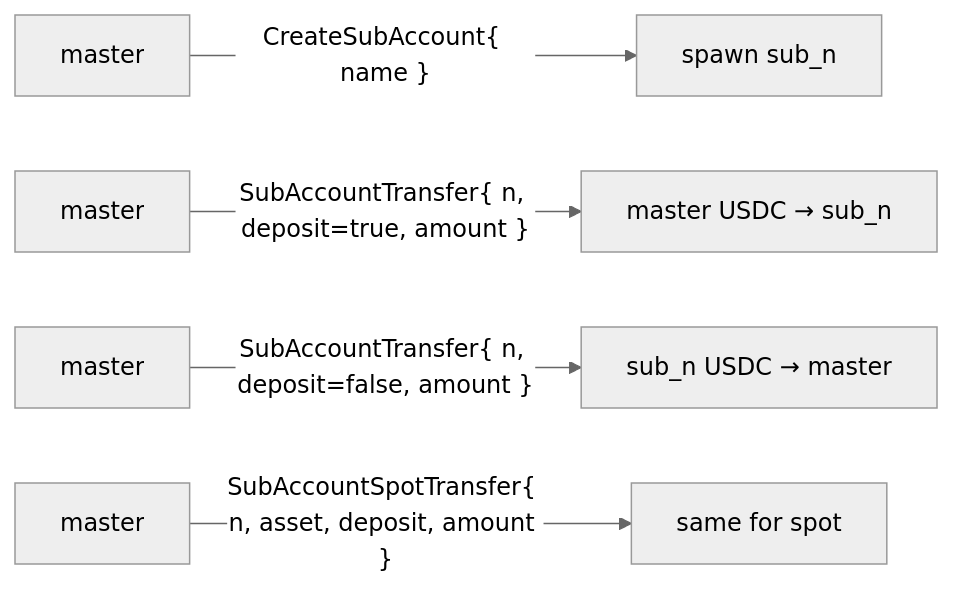
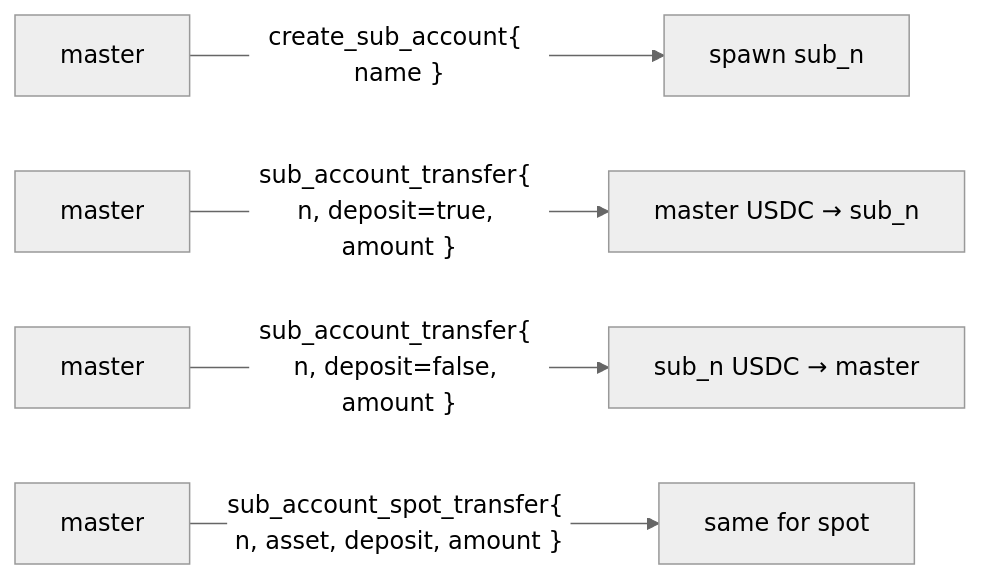
The second of 8 diagrams in docs/concepts/sub-accounts.md (mtf-exchange/metaflux-knowledges), drawn with Mermaid (neutral theme) before and after one commit. The commit also changed other lines of this file and 10 other files, not shown here.

````diff
--- a/docs/concepts/sub-accounts.md
+++ b/docs/concepts/sub-accounts.md
@@ -38,7 +63,7 @@
 ```mermaid
 flowchart LR
-    m1["master"] -->|"CreateSubAccount{ name }"| e1["spawn sub_n"]
-    m2["master"] -->|"SubAccountTransfer{ n, deposit=true, amount }"| e2["master USDC → sub_n"]
-    m3["master"] -->|"SubAccountTransfer{ n, deposit=false, amount }"| e3["sub_n USDC → master"]
-    m4["master"] -->|"SubAccountSpotTransfer{ n, asset, deposit, amount }"| e4["same for spot"]
+    m1["master"] -->|"create_sub_account{ name }"| e1["spawn sub_n"]
+    m2["master"] -->|"sub_account_transfer{ n, deposit=true, amount }"| e2["master USDC → sub_n"]
+    m3["master"] -->|"sub_account_transfer{ n, deposit=false, amount }"| e3["sub_n USDC → master"]
+    m4["master"] -->|"sub_account_spot_transfer{ n, asset, deposit, amount }"| e4["same for spot"]
 ```
````
